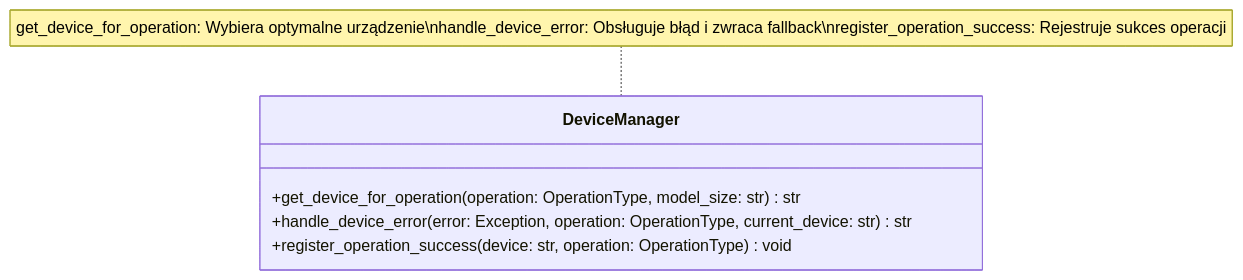
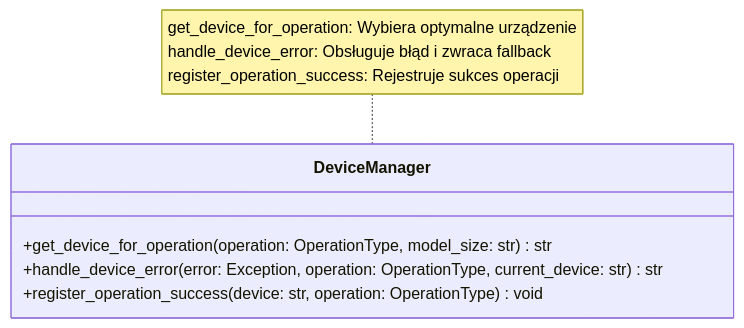
Before and after one commit to patiball/whisper-dictation: the fourth of 4 diagrams in docs/ARCHITECTURE.md, drawn with Mermaid. The commit also changed other lines of this file, not shown here.

Commit message:
docs: Fix Mermaid diagram newline rendering in ARCHITECTURE.md

````diff
--- a/docs/ARCHITECTURE.md
+++ b/docs/ARCHITECTURE.md
@@ -149,9 +149,9 @@
 ```mermaid
 classDiagram
     class DeviceManager {
         +get_device_for_operation(operation: OperationType, model_size: str) str
         +handle_device_error(error: Exception, operation: OperationType, current_device: str) str
         +register_operation_success(device: str, operation: OperationType) void
     }
-    note for DeviceManager "get_device_for_operation: Wybiera optymalne urządzenie\nhandle_device_error: Obsługuje błąd i zwraca fallback\nregister_operation_success: Rejestruje sukces operacji"
+    note for DeviceManager "get_device_for_operation: Wybiera optymalne urządzenie<br/>handle_device_error: Obsługuje błąd i zwraca fallback<br/>register_operation_success: Rejestruje sukces operacji"
 ```
````
